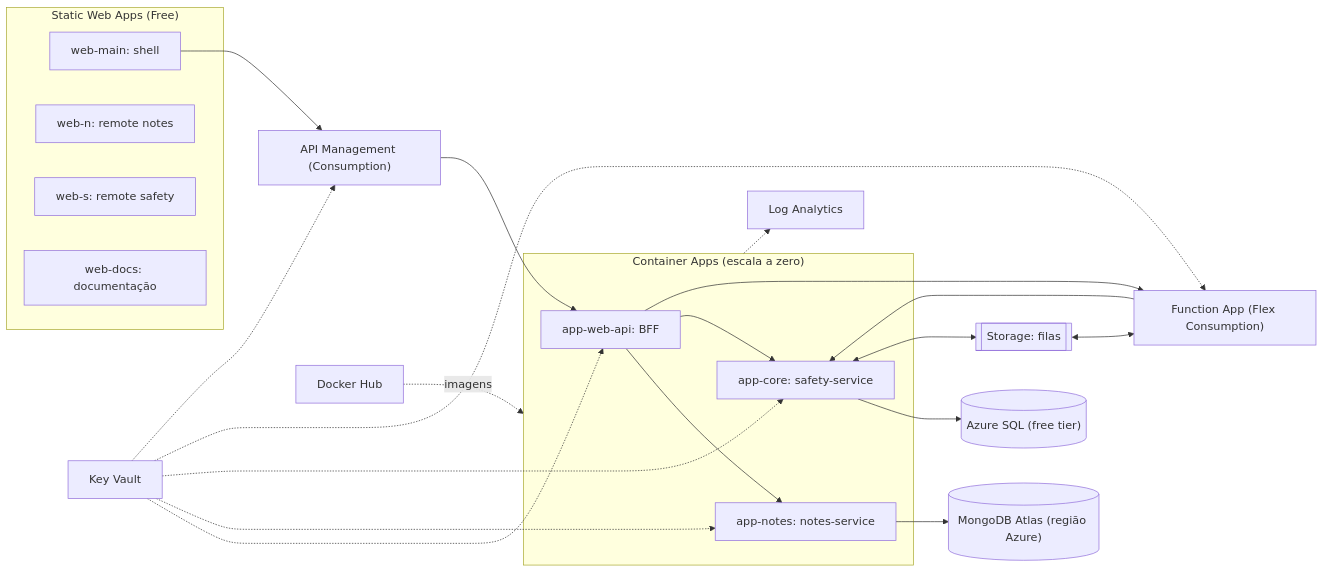
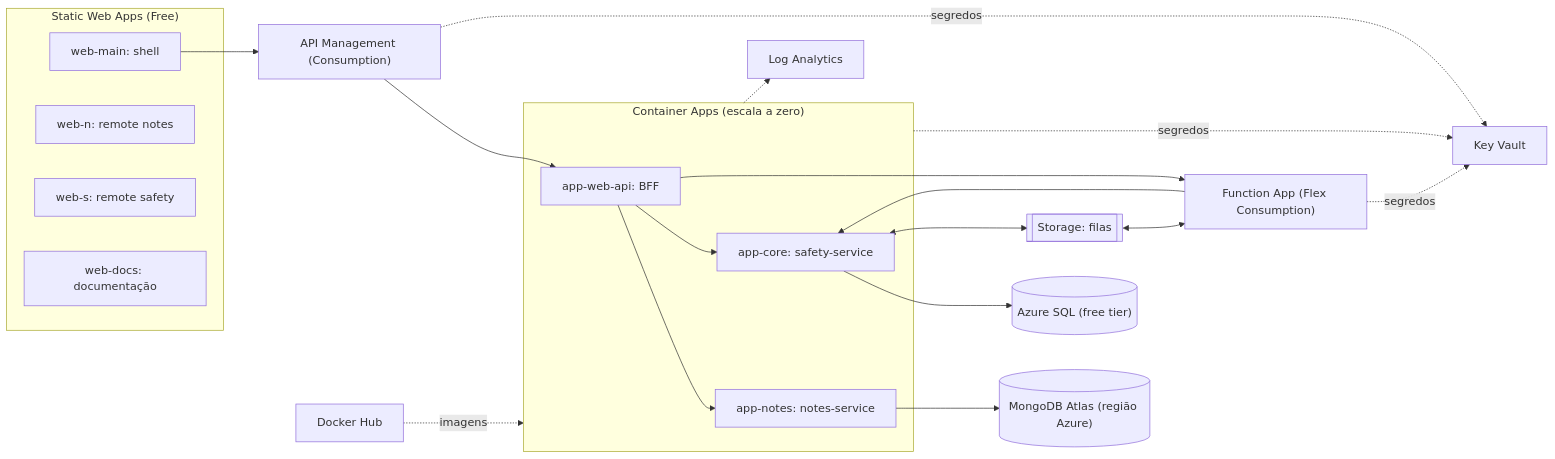
One commit to Carloslgp/Ghosty_App_Web changed the fourth of 4 diagrams in ghosty-docs/arc42/arc42.md. Above: the diagram before and after it, drawn with Mermaid. The commit also changed other lines of this file and 3 other files, not shown here.

First line of the commit message:
docs(DOC-05): diagramas do C4 e de sequência sem sobreposição no PDF

````diff
--- a/ghosty-docs/arc42/arc42.md
+++ b/ghosty-docs/arc42/arc42.md
@@ -201,31 +201,33 @@
 ```mermaid
 flowchart LR
   subgraph SWA["Static Web Apps (Free)"]
     main["web-main: shell"]
     wn["web-n: remote notes"]
     ws["web-s: remote safety"]
     wd["web-docs: documentação"]
   end
   apim["API Management (Consumption)"]
   subgraph CAE["Container Apps (escala a zero)"]
     bff["app-web-api: BFF"]
     notes["app-notes: notes-service"]
     core["app-core: safety-service"]
   end
   fn["Function App (Flex Consumption)"]
   st[["Storage: filas"]]
   sql[("Azure SQL (free tier)")]
   kv["Key Vault"]
   law["Log Analytics"]
   atlas[("MongoDB Atlas (região Azure)")]
   hub["Docker Hub"]
   main --> apim --> bff
   bff --> notes --> atlas
   bff --> core --> sql
   bff --> fn
   core <--> st <--> fn
   fn --> core
-  kv -.-> bff & notes & core & fn & apim
+  apim -. segredos .-> kv
+  CAE -. segredos .-> kv
+  fn -. segredos .-> kv
   hub -. imagens .-> CAE
   CAE -.-> law
 ```
````
